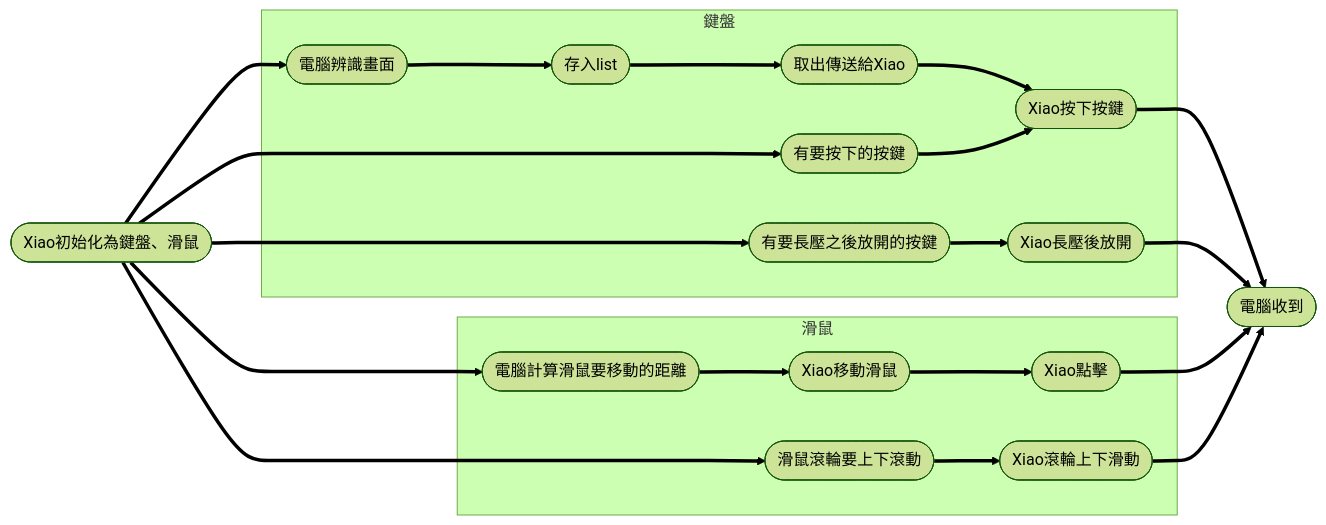
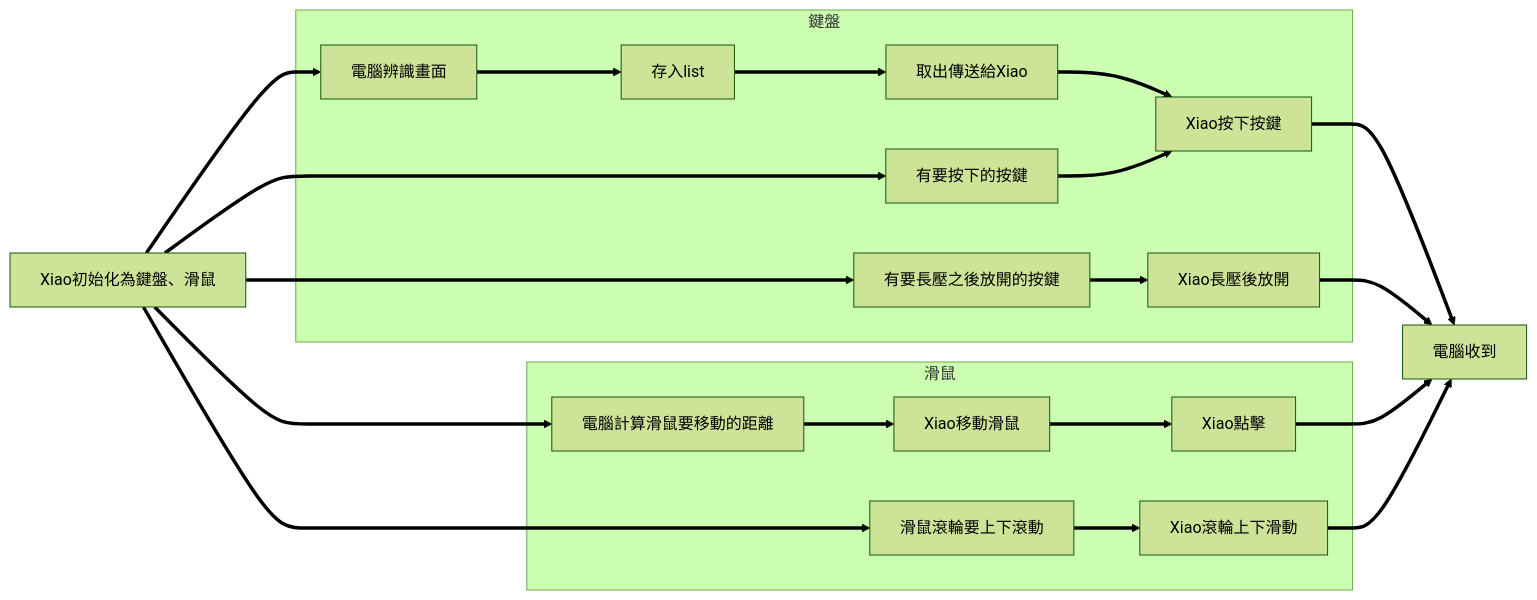
Before and after one commit to abc21086999/maple_script: the second of 2 diagrams in README.md, drawn with Mermaid. The commit also changed other lines of this file, not shown here.

````diff
--- a/README.md
+++ b/README.md
@@ -87,53 +87,53 @@
 ```mermaid
 %%{init: {'theme': 'forest'} }%%
 graph LR;
 
-step1([Xiao初始化為鍵盤、滑鼠])
+step1[Xiao初始化為鍵盤、滑鼠]
 
-step2([電腦辨識畫面])
+step2[電腦辨識畫面]
 
-step3([存入list])
+step3[存入list]
 
-step4([取出傳送給Xiao])
+step4[取出傳送給Xiao]
 
-step5([Xiao按下按鍵])
+step5[Xiao按下按鍵]
 
-step6([電腦收到])
+step6[電腦收到]
 
-step7([Xiao移動滑鼠])
+step7[Xiao移動滑鼠]
 
-step8([電腦計算滑鼠要移動的距離])
+step8[電腦計算滑鼠要移動的距離]
 
-step9([滑鼠滾輪要上下滾動])
+step9[滑鼠滾輪要上下滾動]
 
-step10([Xiao滾輪上下滑動])
+step10[Xiao滾輪上下滑動]
 
-step11([Xiao點擊])
+step11[Xiao點擊]
 
-step12([有要按下的按鍵])
+step12[有要按下的按鍵]
 
-step13([有要長壓之後放開的按鍵])
+step13[有要長壓之後放開的按鍵]
 
-step14([Xiao長壓後放開])
+step14[Xiao長壓後放開]
 
 %% 流程線 -->
 step1 ==> step2
 step1 ==> step8
 step1 ==> step9
 step1 ==> step12
 step1 ==> step13
 step5 ==> step6
 step14 ==> step6
 step11 ==> step6
 step10 ==> step6
 
 subgraph 鍵盤
 step2 ==> step3 ==> step4 ==> step5
 step12 ==> step5
 step13 ==> step14
 end
 subgraph 滑鼠
 step8 ==> step7 ==> step11
 step9 ==> step10
 end
 ```
````
